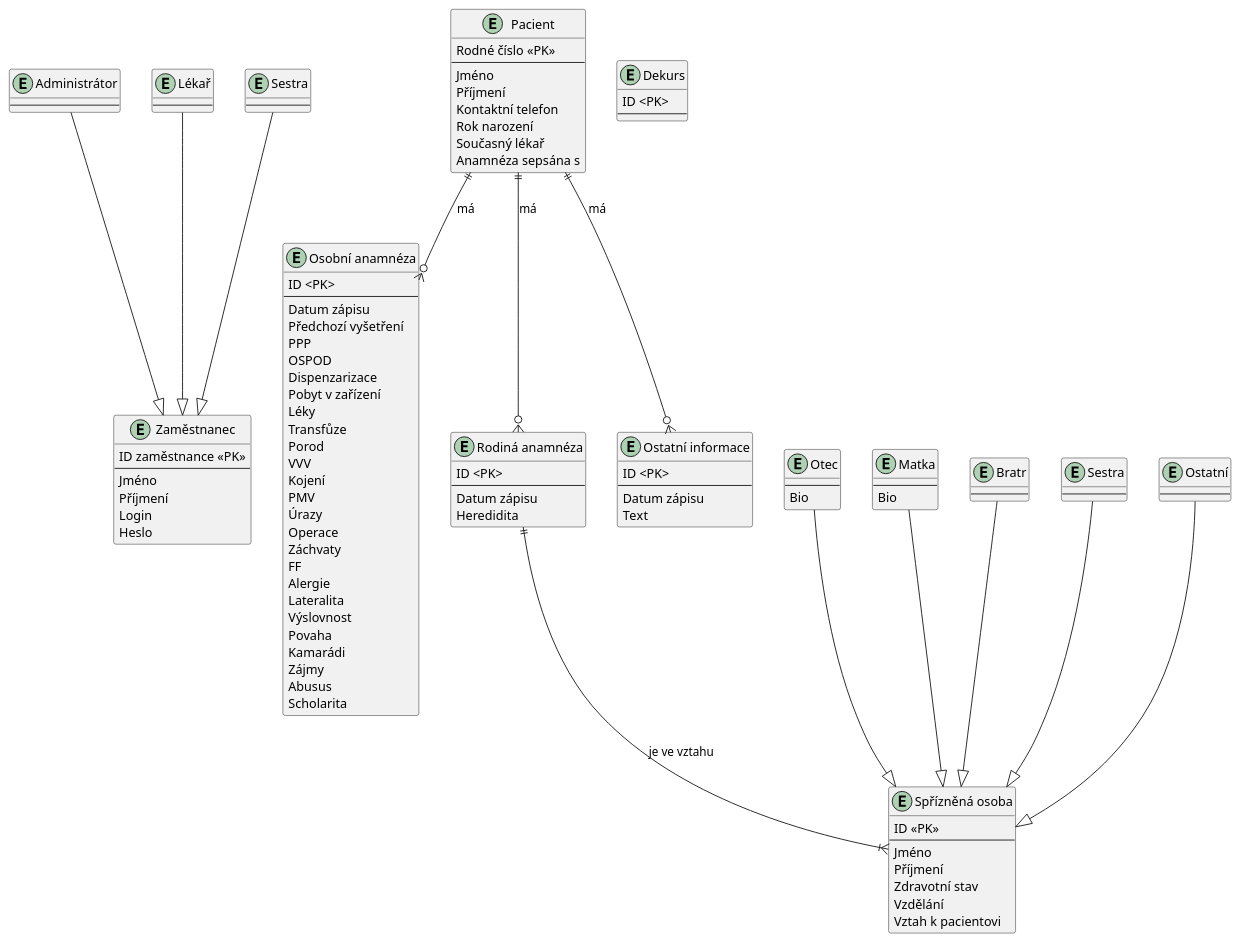
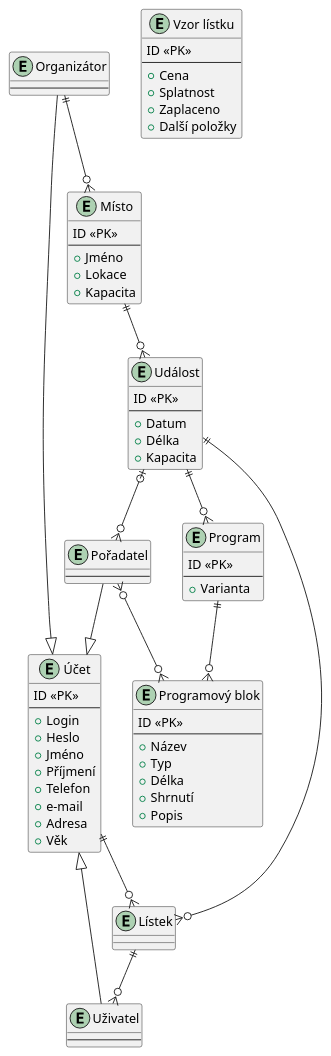
One commit to stahlgit/fit_iis_project changed the diagram in docs/er.puml. Above: the diagram before and after it, drawn with PlantUML.

Commit message:
feat: new er diagram

```diff
--- a/docs/er.puml
+++ b/docs/er.puml
@@ -1,124 +1,88 @@
 @startuml erd
 
-entity "Zaměstnanec" as za {
-	ID zaměstnance <<PK>>
+entity "Účet" as ucet {
+	ID <<PK>>
 	---
-	Jméno
-	Příjmení
-	Login
-	Heslo
+	+ Login
+	+ Heslo
+	+ Jméno
+	+ Příjmení
+	+ Telefon
+	+ e-mail
+	+ Adresa
+	+ Věk
 }
 
-entity "Administrátor" as ad{
-	---
-}
-entity "Lékař" as le{
-	---
-}
-entity "Sestra" as se{
+entity "Organizátor" as org{
 	---
 }
 
-entity "Pacient"{
-	Rodné číslo <<PK>>
-	---
-	Jméno
-	Příjmení
-	Kontaktní telefon
-	Rok narození
-	Současný lékař
-	Anamnéza sepsána s
-}
-
-entity "Osobní anamnéza" as oa {
-	ID <PK>
-	---
-	Datum zápisu
-	Předchozí vyšetření
-	PPP
-	OSPOD
-	Dispenzarizace
-	Pobyt v zařízení
-	Léky
-	Transfůze
-	Porod
-	VVV
-	Kojení
-	PMV
-	Úrazy
-	Operace
-	Záchvaty
-	FF
-	Alergie
-	Lateralita
-	Výslovnost
-	Povaha
-	Kamarádi
-	Zájmy
-	Abusus
-	Scholarita
-}
-
-entity "Rodiná anamnéza" as ra {
-	ID <PK>
-	---
-	Datum zápisu
-	Heredidita
-}
-
-entity "Ostatní informace" as info {
-	ID <PK>
-	---
-	Datum zápisu
-	Text
-}
-
-entity "Dekurs" as dek {
-	ID <PK>
+entity "Pořadatel" as poradatel {
 	---
 }
 
-entity "Spřízněná osoba" as osoba {
-	ID <<PK>>
-	---
-	Jméno
-	Příjmení
-	Zdravotní stav
-	Vzdělání
-	Vztah k pacientovi
-}
-
-entity "Otec" {
-	---
-	Bio
-}
-entity "Matka" {
-	---
-	Bio
-}
-entity "Bratr" {
-	---
-}
-entity "Sestra" {
-	---
-}
-entity "Ostatní" as os{
+entity "Uživatel" as uzivatel {
 	---
 }
 
-ra ||--|{ osoba : je ve vztahu
-Pacient ||--o{ oa : má
-Pacient ||--o{ ra : má
-Pacient ||--o{ info : má
+entity "Místo" as misto {
+	ID <<PK>>
+	---
+	+ Jméno
+	+ Lokace
+	+ Kapacita
+}
+
+entity "Událost" as udalost {
+	ID <<PK>>
+	---
+	+ Datum
+	+ Délka
+	+ Kapacita
+}
+
+entity "Program" as prog {
+	ID <<PK>>
+	---
+	+ Varianta
+}
+
+entity "Programový blok" as progblok {
+	ID <<PK>>
+	---
+	+ Název
+	+ Typ
+	+ Délka
+	+ Shrnutí
+	+ Popis
+}
+
+entity "Lístek" as listek {
+}
+
+entity "Vzor lístku" {
+	ID <<PK>>
+	---
+	+ Cena
+	+ Splatnost
+	+ Zaplaceno
+	+ Další položky
+}
+
+org ||--o{ misto
+misto ||--o{ udalost
+udalost ||--o{ prog
+prog ||--o{ progblok
+ucet ||--o{ listek
+udalost ||--o{ listek
+udalost |o--o{ poradatel
+
+listek ||--o{ uzivatel
+poradatel }o--o{ progblok
 
 ' generalizace
-le --|> za
-se --|> za
-ad --|> za
-Otec --|> osoba
-Matka --|> osoba
-Bratr --|> osoba
-Sestra --|> osoba
-os --|> osoba
+org --|> ucet
+poradatel --|> ucet
+uzivatel --|> ucet
 
 @enduml
```
